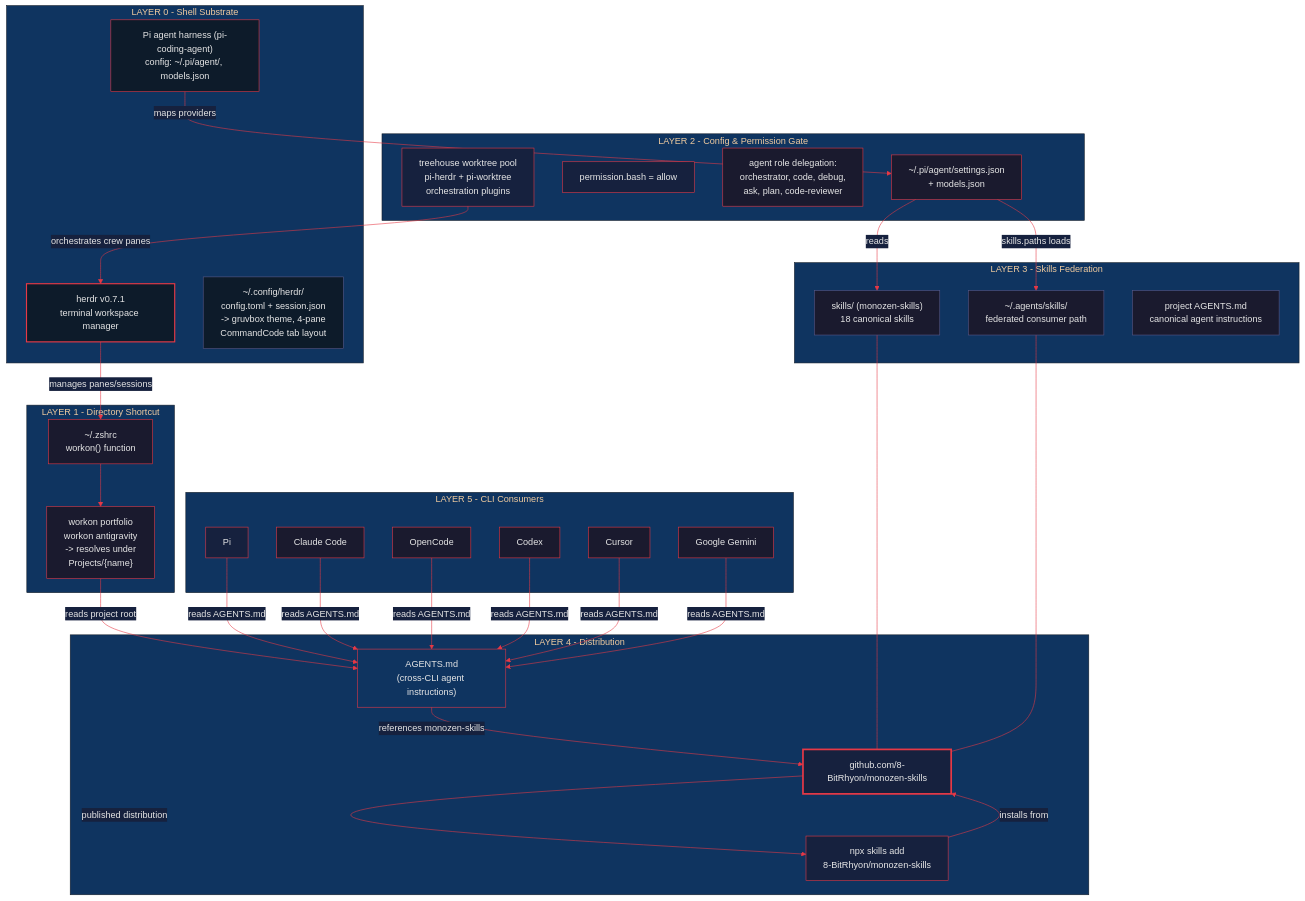
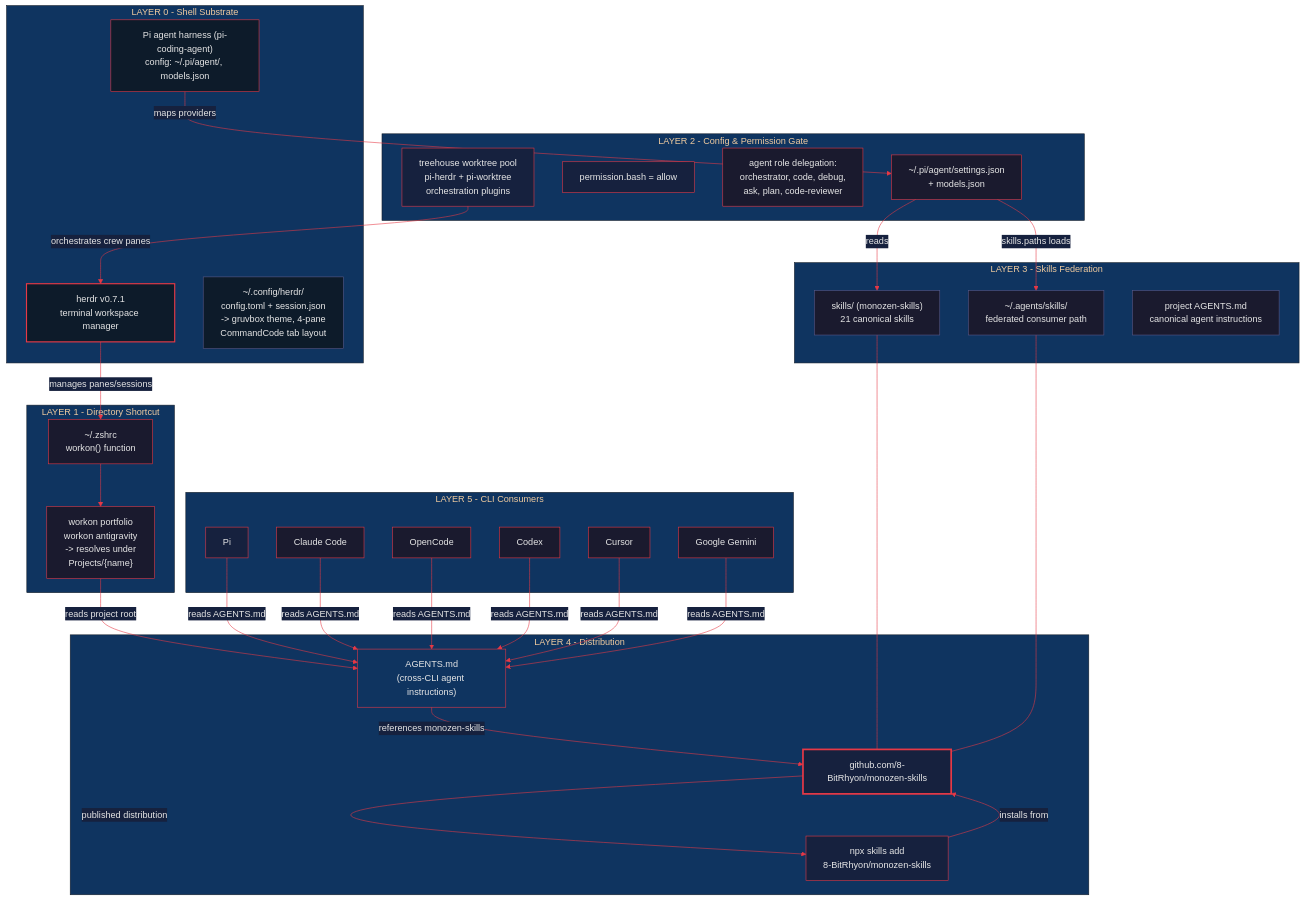
Before and after one commit to 8-BitRhyon/monozen-skills: the diagram in assets/monozen-skills-arch.mmd, drawn with Mermaid. The commit also changed 10 other files, not shown here.

```diff
--- a/assets/monozen-skills-arch.mmd
+++ b/assets/monozen-skills-arch.mmd
@@ -1,75 +1,75 @@
 %%{init: {'theme': 'base', 'themeVariables': {'primaryColor': '#1a1a2e', 'primaryTextColor': '#e6e6e6', 'primaryBorderColor': '#e63946', 'lineColor': '#e63946', 'secondaryColor': '#16213e', 'tertiaryColor': '#0f3460'}}}%%
 
 flowchart TB
     subgraph Layer0["LAYER 0 - Shell Substrate"]
         HR["herdr v0.7.1<br/>terminal workspace manager"]
         PIF["Pi agent harness (pi-coding-agent)<br/>config: ~/.pi/agent/, models.json"]
         HRCFG["~/.config/herdr/<br/>config.toml + session.json<br/>-> gruvbox theme, 4-pane<br/>  CommandCode tab layout"]
     end
 
     subgraph Layer1["LAYER 1 - Directory Shortcut"]
         ZS["~/.zshrc<br/>workon() function"]
         WU["workon portfolio<br/>workon antigravity<br/>-> resolves under<br/>Projects/{name}"]
     end
 
     subgraph Layer2["LAYER 2 - Config & Permission Gate"]
         KC["~/.pi/agent/settings.json<br/>+ models.json"]
         PERM["permission.bash = allow"]
         AGD["agent role delegation:<br/>orchestrator, code, debug,<br/>ask, plan, code-reviewer"]
         IDX["treehouse worktree pool<br/>pi-herdr + pi-worktree<br/>orchestration plugins"]
     end
 
     subgraph Layer3["LAYER 3 - Skills Federation"]
-        FS1["skills/ (monozen-skills)<br/>18 canonical skills"]
+        FS1["skills/ (monozen-skills)<br/>21 canonical skills"]
         FS2["~/.agents/skills/<br/>federated consumer path"]
         FS3["project AGENTS.md<br/>canonical agent instructions"]
     end
 
     subgraph Layer4["LAYER 4 - Distribution"]
         MS["github.com/8-BitRhyon/monozen-skills"]
         NPX["npx skills add<br/>8-BitRhyon/monozen-skills"]
         AG["AGENTS.md<br/>(cross-CLI agent instructions)"]
     end
 
     subgraph Layer5["LAYER 5 - CLI Consumers"]
         PI["Pi"]
         CC["Claude Code"]
         OC["OpenCode"]
         CX["Codex"]
         CU["Cursor"]
         GK["Google Gemini"]
     end
 
     HR -->|manages panes/sessions| ZS
     ZS --> WU
     WU -->|reads project root| AG
     AG -->|references monozen-skills| MS
     PIF -->|maps providers| KC
     KC -->|skills.paths loads| FS2
     KC -->|reads| FS1
     IDX -->|orchestrates crew panes| HR
     NPX -->|installs from| MS
     MS -->|published distribution| NPX
     FS1 --- MS
     FS2 --- MS
     PI -->|reads AGENTS.md| AG
     CC -->|reads AGENTS.md| AG
     OC -->|reads AGENTS.md| AG
     CX -->|reads AGENTS.md| AG
     CU -->|reads AGENTS.md| AG
     GK -->|reads AGENTS.md| AG
 
     style HR fill:#0d1b2a,stroke:#e63946,color:#e6e6e6,stroke-width:2px
     style PIF fill:#0d1b2a,stroke:#e63946,color:#e6e6e6
     style HRCFG fill:#0d1b2a,stroke:#5a5a8a,color:#e6e6e6
     style ZS fill:#1a1a2e,stroke:#e63946,color:#e6e6e6
     style KC fill:#1a1a2e,stroke:#e63946,color:#e6e6e6
     style MS fill:#16213e,stroke:#e63946,color:#e6e6e6,stroke-width:3px
     style AG fill:#0f3460,stroke:#e63946,color:#e6e6e6
     style NPX fill:#16213e,stroke:#e63946,color:#e6e6e6
     style FS1 fill:#1a1a2e,stroke:#5a5a8a,color:#e6e6e6
     style FS2 fill:#1a1a2e,stroke:#5a5a8a,color:#e6e6e6
     style FS3 fill:#1a1a2e,stroke:#5a5a8a,color:#e6e6e6
     style PI fill:#16213e,stroke:#e63946,color:#e6e6e6
     style PERM fill:#16213e,stroke:#e63946,color:#e6e6e6
     style IDX fill:#16213e,stroke:#e63946,color:#e6e6e6
```
